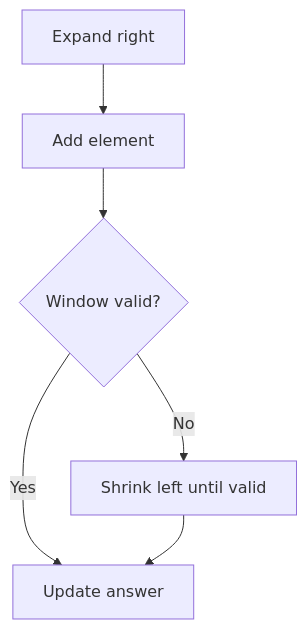
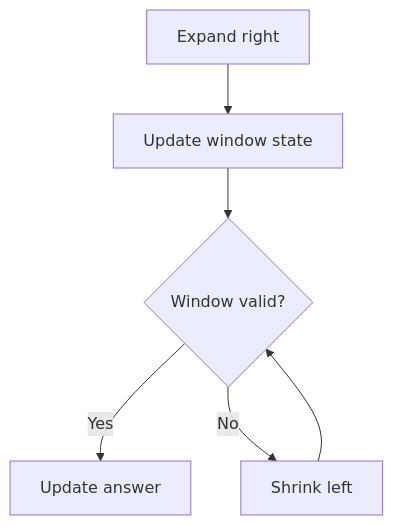
One commit to mthaiseer/springcloud-systemdesign-notes changed the seventh of 36 diagrams in CP_DSA_NOTES/CONCEPT_FRAMEWORK_FORMS_TATICS/two_pointers_sliding_window_playbook.md. Above: the diagram before and after it, drawn with Mermaid. The commit also changed other lines of this file, not shown here.

````diff
--- a/CP_DSA_NOTES/CONCEPT_FRAMEWORK_FORMS_TATICS/two_pointers_sliding_window_playbook.md
+++ b/CP_DSA_NOTES/CONCEPT_FRAMEWORK_FORMS_TATICS/two_pointers_sliding_window_playbook.md
@@ -198,8 +225,8 @@
 ```mermaid
 flowchart TD
-    A["Expand right"] --> B["Add element"]
+    A["Expand right"] --> B["Update window state"]
     B --> C{"Window valid?"}
     C -->|"Yes"| D["Update answer"]
-    C -->|"No"| E["Shrink left until valid"]
-    E --> D
+    C -->|"No"| E["Shrink left"]
+    E --> C
 ```
````
